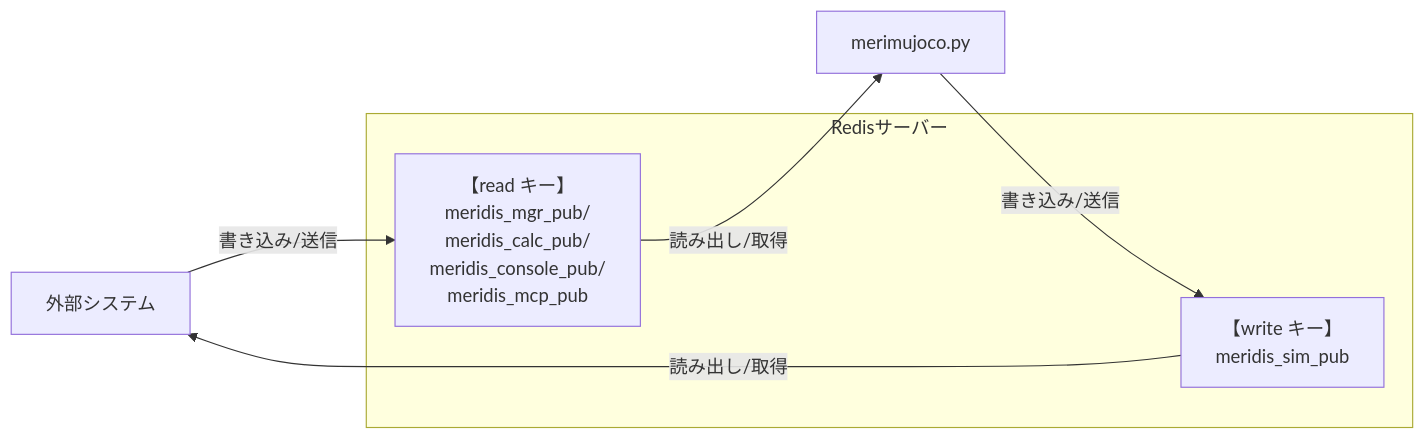
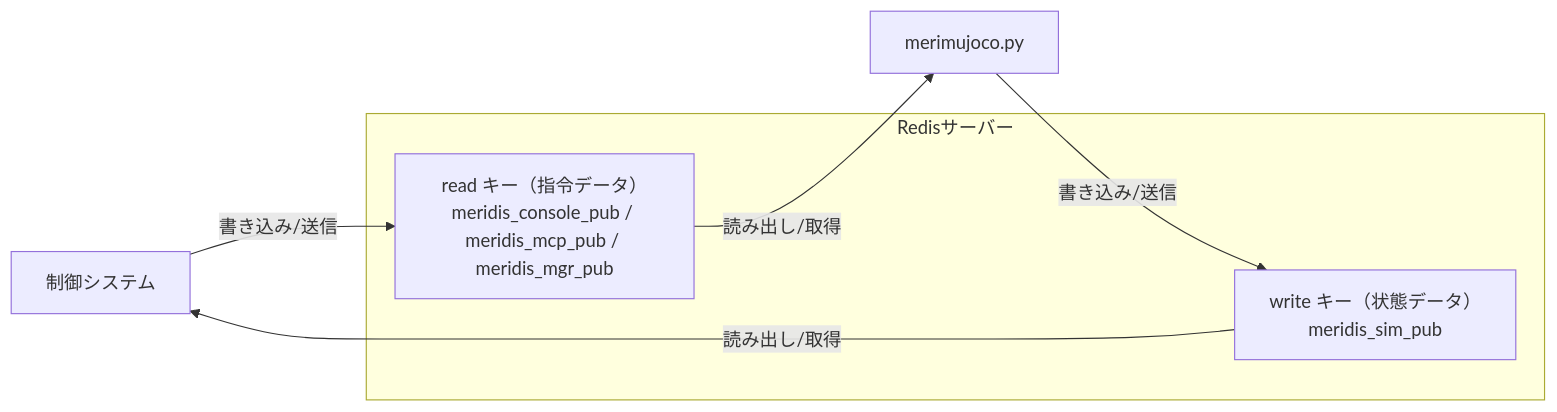
Before and after one commit to holypong/merimujoco: the diagram in README.md, drawn with Mermaid. The commit also changed other lines of this file, not shown here.

````diff
--- a/README.md
+++ b/README.md
@@ -303,13 +248,13 @@
 ```mermaid
 flowchart LR
-  Controller[外部システム]
+  Controller[制御システム]
   Simulation[merimujoco.py]
   subgraph Redisサーバー
-    ReadKey["【read キー】<br/>meridis_mgr_pub/<br>meridis_calc_pub/<br>meridis_console_pub/<br> meridis_mcp_pub"]
-    WriteKey["【write キー】<br/>meridis_sim_pub"]
+    ReadKey["read キー（指令データ）<br/>meridis_console_pub / meridis_mcp_pub / meridis_mgr_pub"]
+    WriteKey["write キー（状態データ）<br/>meridis_sim_pub"]
   end
   Controller -- 書き込み/送信 --> ReadKey
   ReadKey -- 読み出し/取得 --> Simulation
   Simulation -- 書き込み/送信 --> WriteKey
   WriteKey -- 読み出し/取得 --> Controller
 ```
````
